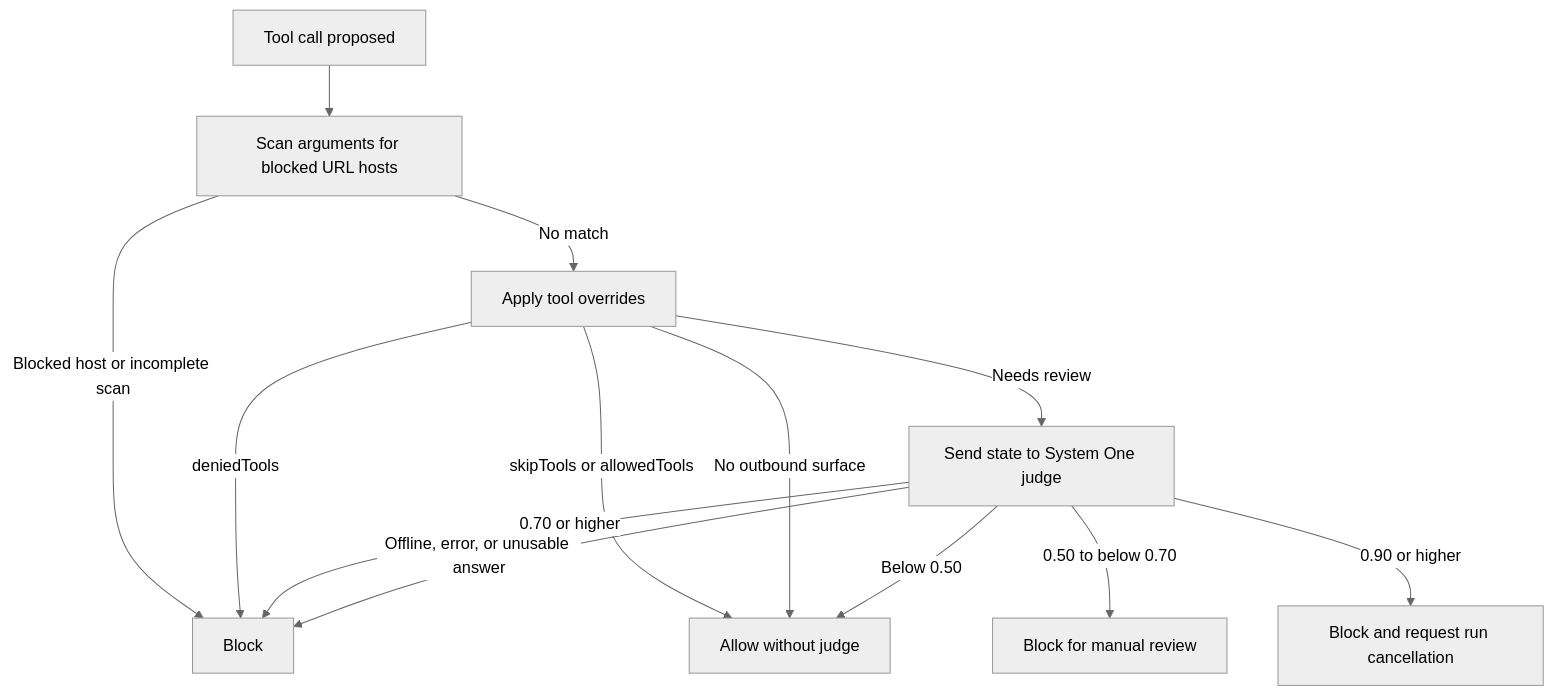
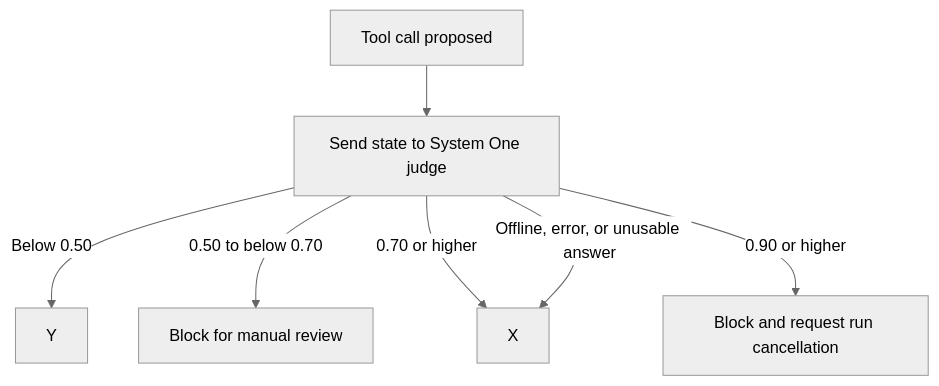
Before and after one commit to HumanFace-Tech/oc-one-guard: the diagram in docs/explainer.md, drawn with Mermaid (neutral theme). The commit also changed other lines of this file and 17 other files, not shown here.

First line of the commit message:
feat!: let the System 1 judge decide every tool call

````diff
--- a/docs/explainer.md
+++ b/docs/explainer.md
@@ -7,15 +7,9 @@
 ```mermaid
 flowchart TD
-    A[Tool call proposed] --> B[Scan arguments for blocked URL hosts]
-    B -->|Blocked host or incomplete scan| X[Block]
-    B -->|No match| C[Apply tool overrides]
-    C -->|deniedTools| X
-    C -->|skipTools or allowedTools| Y[Allow without judge]
-    C -->|No outbound surface| Y
-    C -->|Needs review| D[Send state to System One judge]
+    A[Tool call proposed] --> D[Send state to System One judge]
     D -->|Below 0.50| Y
     D -->|0.50 to below 0.70| E[Block for manual review]
     D -->|0.70 or higher| X
     D -->|0.90 or higher| S[Block and request run cancellation]
     D -->|Offline, error, or unusable answer| X
 ```
````
